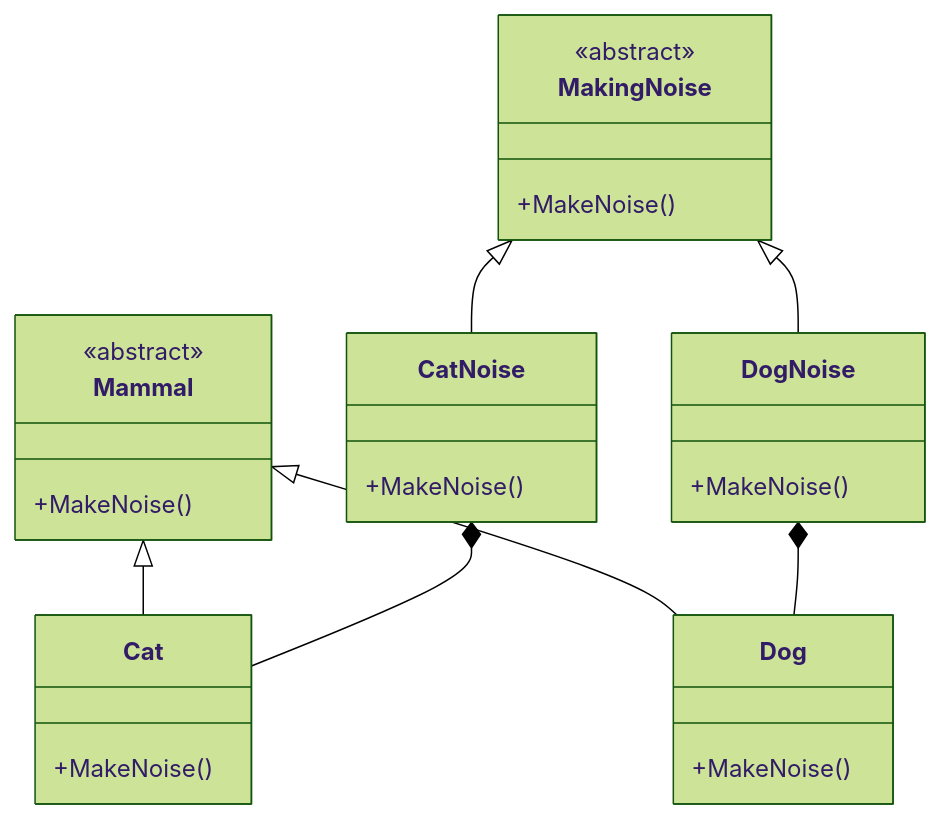
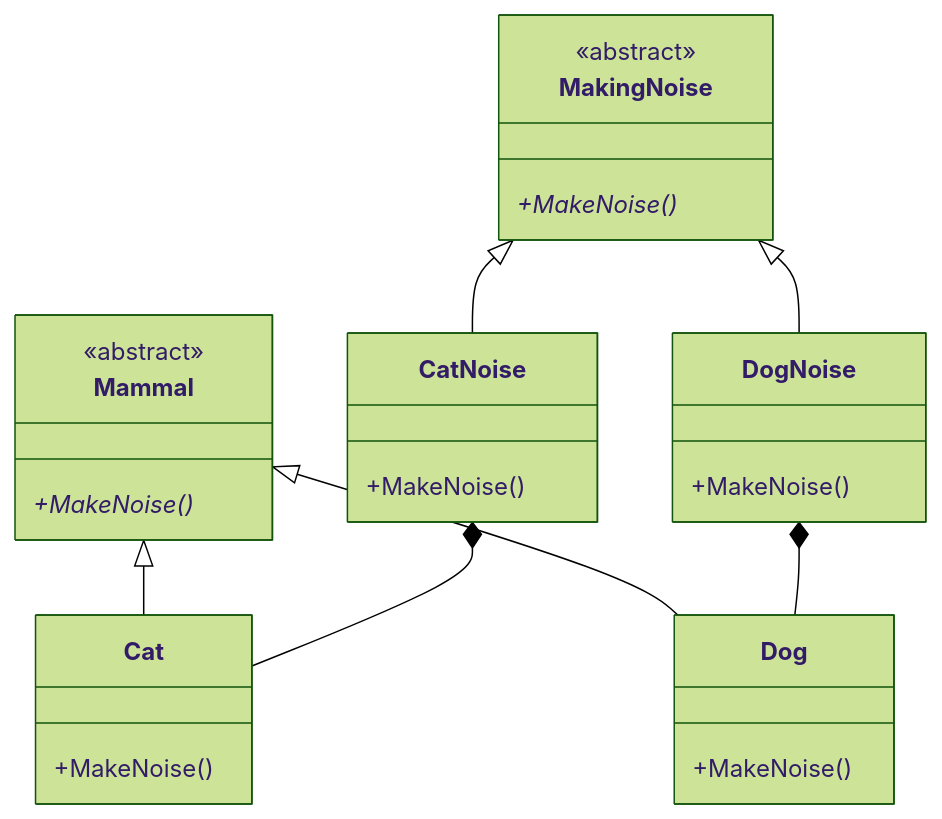
One commit to microsoft/Flash_University changed the second of 3 diagrams in OO_Thought_Process/Session 10 - SOLID Principles/notes/dependency-inversion-uml.md. Above: the diagram before and after it, drawn with Mermaid (forest theme). The commit also changed other lines of this file and 2 other files, not shown here.

Commit message:
update notes & iterator exercises

````diff
--- a/OO_Thought_Process/Session 10 - SOLID Principles/notes/dependency-inversion-uml.md
+++ b/OO_Thought_Process/Session 10 - SOLID Principles/notes/dependency-inversion-uml.md
@@ -41,34 +41,34 @@
 ```mermaid
 classDiagram
     class Mammal {
         <<abstract>>
-        +MakeNoise()
+        +MakeNoise()*
     }
 
     class MakingNoise {
         <<abstract>>
-        +MakeNoise()
+        +MakeNoise()*
     }
 
     Mammal <|-- Dog
     DogNoise *-- Dog
     class Dog {
         +MakeNoise()
     }
 
     Mammal <|-- Cat
     CatNoise *-- Cat
     class Cat {
         +MakeNoise()
     }
 
     MakingNoise <|-- CatNoise
     class CatNoise {
         +MakeNoise()
     }
 
     MakingNoise <|-- DogNoise
     class DogNoise {
         +MakeNoise()
     }
 ```
````
